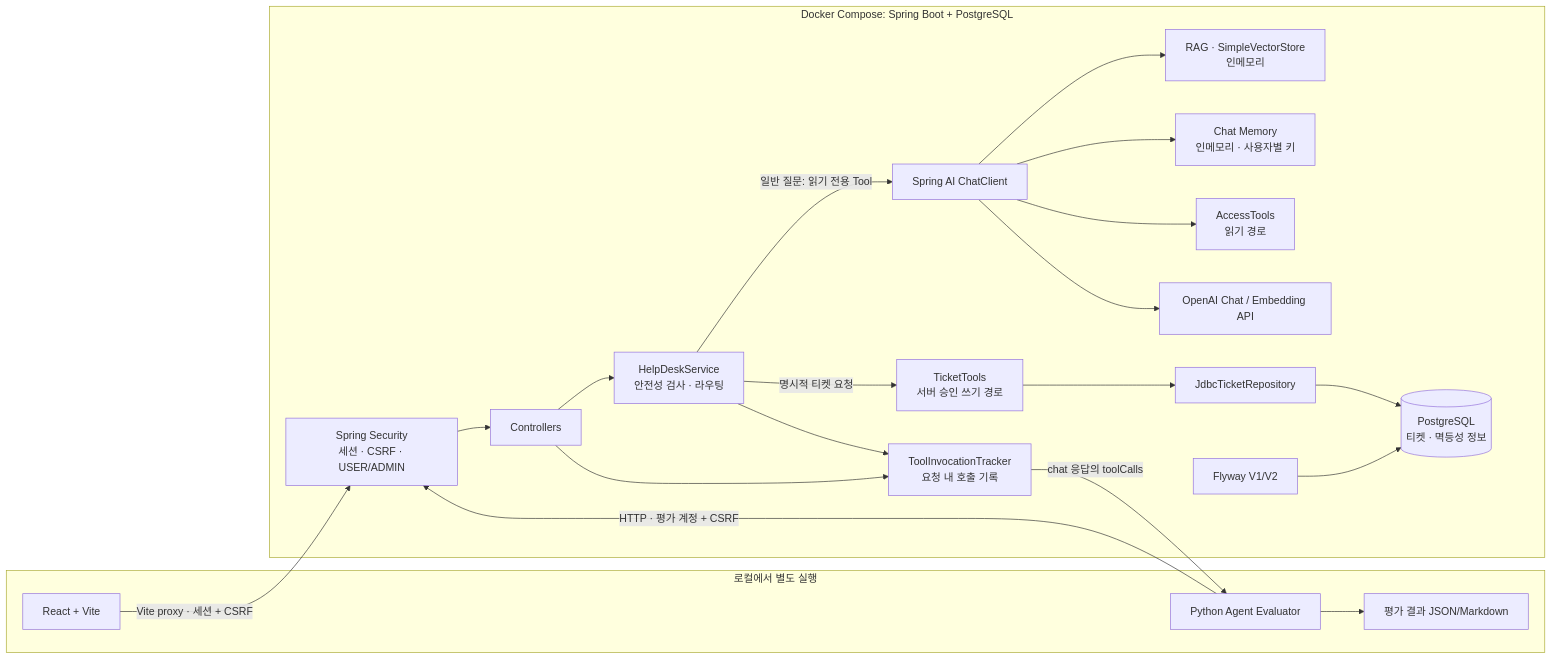
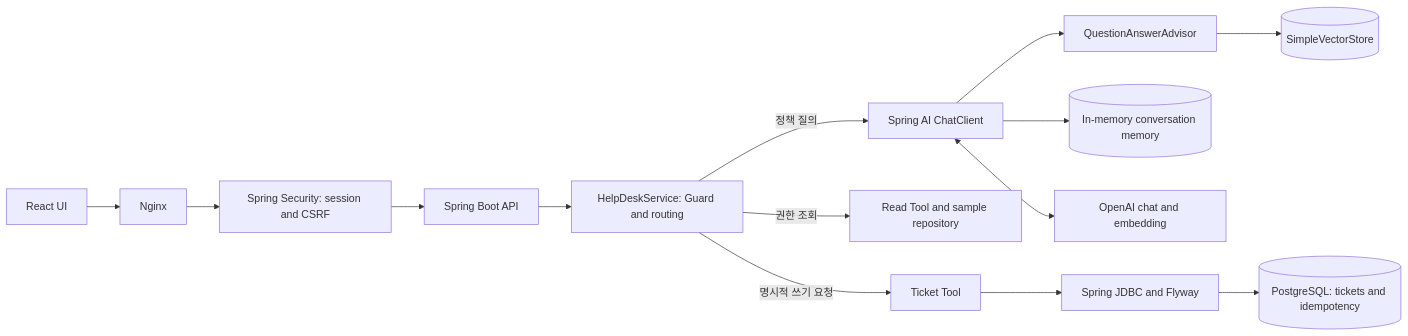
Before and after one commit to jekim20/HelpDesk-AGENT: the first of 2 diagrams in README.md, drawn with Mermaid. The commit also changed other lines of this file and 5 other files, not shown here.

````diff
--- a/README.md
+++ b/README.md
@@ -33,37 +40,9 @@
 ```mermaid
 flowchart LR
-  subgraph Local[로컬에서 별도 실행]
-    React[React + Vite]
-    Eval[Python Agent Evaluator]
-    Result[평가 결과 JSON/Markdown]
-  end
-  OpenAI[OpenAI Chat / Embedding API]
-  subgraph Compose[Docker Compose: Spring Boot + PostgreSQL]
-    Security[Spring Security\n세션 · CSRF · USER/ADMIN]
-    API[Controllers]
-    Service[HelpDeskService\n안전성 검사 · 라우팅]
-    AI[Spring AI ChatClient]
-    RAG[RAG · SimpleVectorStore\n인메모리]
-    Memory[Chat Memory\n인메모리 · 사용자별 키]
-    Access[AccessTools\n읽기 경로]
-    Ticket[TicketTools\n서버 승인 쓰기 경로]
-    Trace[ToolInvocationTracker\n요청 내 호출 기록]
-    Repo[JdbcTicketRepository]
-    DB[(PostgreSQL\n티켓 · 멱등성 정보)]
-    Flyway[Flyway V1/V2]
-    Security --> API --> Service
-    Service -->|일반 질문: 읽기 전용 Tool| AI
-    AI --> RAG
-    AI --> Memory
-    AI --> Access
-    AI --> OpenAI
-    Service -->|명시적 티켓 요청| Ticket --> Repo --> DB
-    Service --> Trace
-    API --> Trace
-    Flyway --> DB
-  end
-  React -->|Vite proxy · 세션 + CSRF| Security
-  Eval -->|HTTP · 평가 계정 + CSRF| Security
-  Trace -->|chat 응답의 toolCalls| Eval
-  Eval --> Result
+  UI[React UI] --> N[Nginx] --> SEC[Spring Security: session and CSRF] --> API[Spring Boot API] --> SVC[HelpDeskService: Guard and routing]
+  SVC -->|정책 질의| AI[Spring AI ChatClient] --> QA[QuestionAnswerAdvisor] --> VS[(SimpleVectorStore)]
+  AI --> MEM[(In-memory conversation memory)]
+  AI <--> OPENAI[OpenAI chat and embedding]
+  SVC -->|권한 조회| ACCESS[Read Tool and sample repository]
+  SVC -->|명시적 쓰기 요청| TICKET[Ticket Tool] --> JDBC[Spring JDBC and Flyway] --> PG[(PostgreSQL: tickets and idempotency)]
 ```
````
